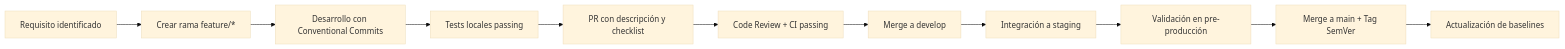
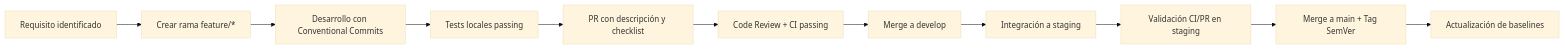
The third of 3 diagrams in README.md (sergioing1000/dgsites-BE), drawn with Mermaid (base theme) before and after one commit. The commit also changed other lines of this file and 11 other files, not shown here.

````diff
--- a/README.md
+++ b/README.md
@@ -314,13 +374,13 @@
 ```mermaid
 graph LR
     A[Requisito identificado] --> B[Crear rama feature/*]
     B --> C[Desarrollo con Conventional Commits]
     C --> D[Tests locales passing]
     D --> E[PR con descripción y checklist]
     E --> F[Code Review + CI passing]
     F --> G[Merge a develop]
     G --> H[Integración a staging]
-    H --> I[Validación en pre-producción]
+    H --> I[Validación CI/PR en staging]
     I --> J[Merge a main + Tag SemVer]
     J --> K[Actualización de baselines]
 ```
````
